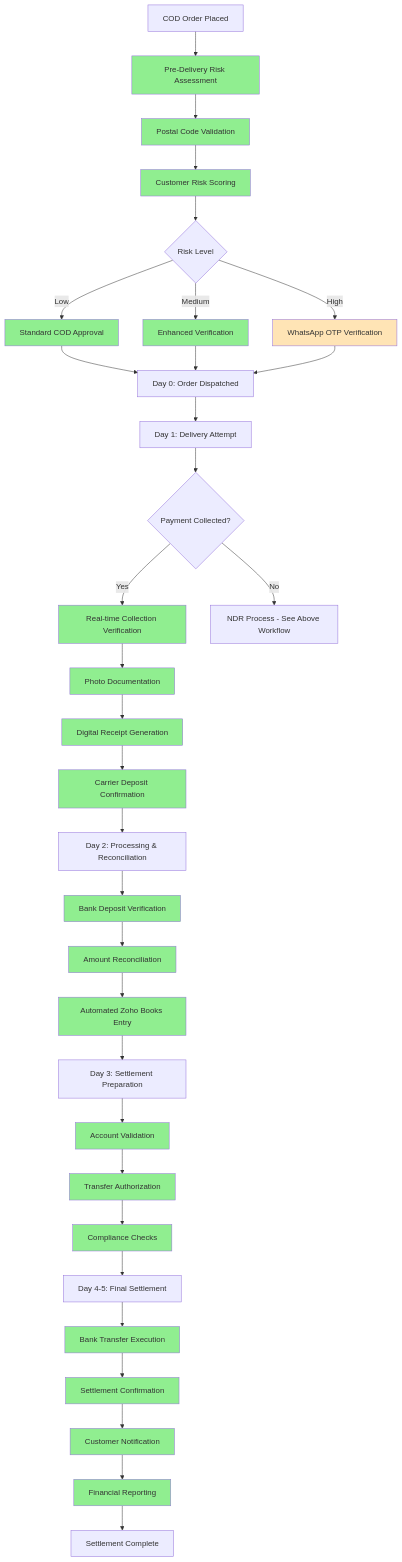
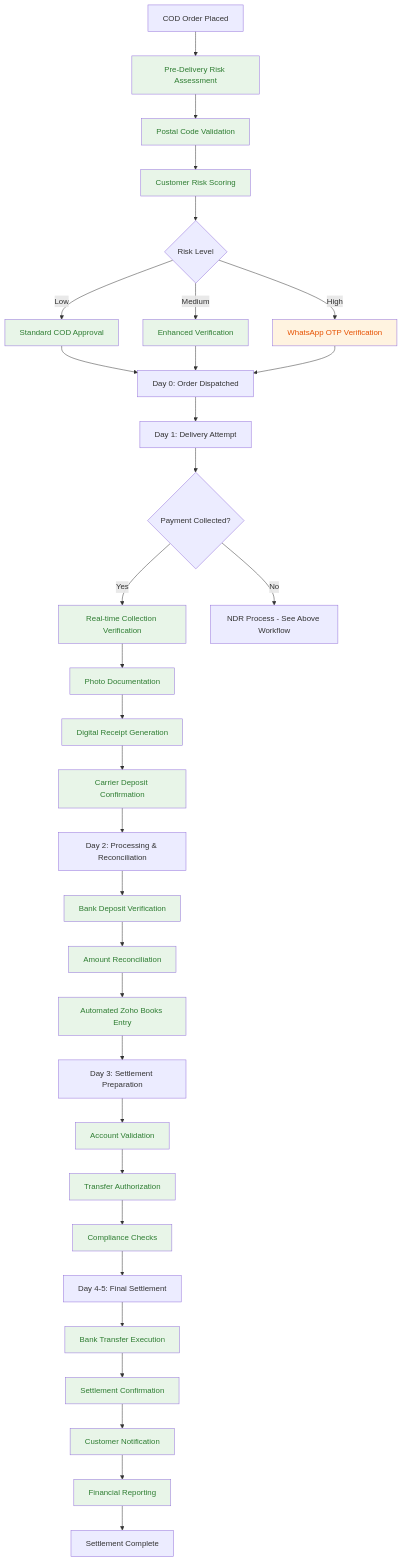
One commit to sandeepkumar0801/Digihub changed diagram 17 of 44 in README.md. Above: the diagram before and after it, drawn with Mermaid. The commit also changed other lines of this file, not shown here.

Commit message:
fix color in diagrams

````diff
--- a/README.md
+++ b/README.md
@@ -3248,64 +3248,64 @@
 ```mermaid
 graph TD
     A[COD Order Placed] --> B[Pre-Delivery Risk Assessment]
     B --> C[Postal Code Validation]
     C --> D[Customer Risk Scoring]
 
     D --> E{Risk Level}
     E -->|Low| F[Standard COD Approval]
     E -->|Medium| G[Enhanced Verification]
     E -->|High| H[WhatsApp OTP Verification]
 
     F --> I[Day 0: Order Dispatched]
     G --> I
     H --> I
 
     I --> J[Day 1: Delivery Attempt]
     J --> K{Payment Collected?}
 
     K -->|Yes| L[Real-time Collection Verification]
     K -->|No| M[NDR Process - See Above Workflow]
 
     L --> N[Photo Documentation]
     N --> O[Digital Receipt Generation]
     O --> P[Carrier Deposit Confirmation]
 
     P --> Q[Day 2: Processing & Reconciliation]
     Q --> R[Bank Deposit Verification]
     R --> S[Amount Reconciliation]
     S --> T[Automated Zoho Books Entry]
 
     T --> U[Day 3: Settlement Preparation]
     U --> V[Account Validation]
     V --> W[Transfer Authorization]
     W --> X[Compliance Checks]
 
     X --> Y[Day 4-5: Final Settlement]
     Y --> Z[Bank Transfer Execution]
     Z --> AA[Settlement Confirmation]
     AA --> BB[Customer Notification]
     BB --> CC[Financial Reporting]
 
     CC --> DD[Settlement Complete]
 
-    style B fill:#90EE90
-    style C fill:#90EE90
-    style D fill:#90EE90
-    style F fill:#90EE90
-    style G fill:#90EE90
-    style L fill:#90EE90
-    style N fill:#90EE90
-    style O fill:#90EE90
-    style P fill:#90EE90
-    style R fill:#90EE90
-    style S fill:#90EE90
-    style T fill:#90EE90
-    style V fill:#90EE90
-    style W fill:#90EE90
-    style X fill:#90EE90
-    style Z fill:#90EE90
-    style AA fill:#90EE90
-    style BB fill:#90EE90
-    style CC fill:#90EE90
-    style H fill:#FFE4B5
+    style B fill:#e8f5e8,color:#2e7d32
+    style C fill:#e8f5e8,color:#2e7d32
+    style D fill:#e8f5e8,color:#2e7d32
+    style F fill:#e8f5e8,color:#2e7d32
+    style G fill:#e8f5e8,color:#2e7d32
+    style L fill:#e8f5e8,color:#2e7d32
+    style N fill:#e8f5e8,color:#2e7d32
+    style O fill:#e8f5e8,color:#2e7d32
+    style P fill:#e8f5e8,color:#2e7d32
+    style R fill:#e8f5e8,color:#2e7d32
+    style S fill:#e8f5e8,color:#2e7d32
+    style T fill:#e8f5e8,color:#2e7d32
+    style V fill:#e8f5e8,color:#2e7d32
+    style W fill:#e8f5e8,color:#2e7d32
+    style X fill:#e8f5e8,color:#2e7d32
+    style Z fill:#e8f5e8,color:#2e7d32
+    style AA fill:#e8f5e8,color:#2e7d32
+    style BB fill:#e8f5e8,color:#2e7d32
+    style CC fill:#e8f5e8,color:#2e7d32
+    style H fill:#fff3e0,color:#e65100
 ```
````
